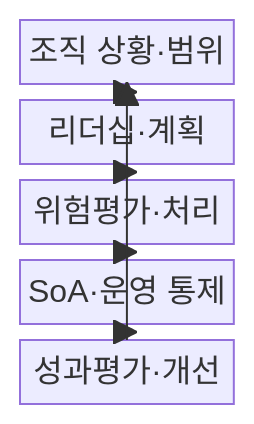
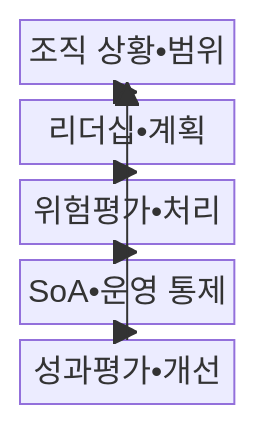
The first of 2 diagrams in src/content/docs/notes/05-security/105_iso_27001.md (agnusdei1207/knowledge-base), drawn with Mermaid before and after one commit. The commit also changed other lines of this file and 953 other files, not shown here.

````diff
--- a/src/content/docs/notes/05-security/105_iso_27001.md
+++ b/src/content/docs/notes/05-security/105_iso_27001.md
@@ -63,14 +63,14 @@
 ```mermaid
 block
   columns 1
-  C["조직 상황·범위"]
-  L["리더십·계획"]
-  R["위험평가·처리"]
-  O["SoA·운영 통제"]
-  E["성과평가·개선"]
+  C["조직 상황•범위"]
+  L["리더십•계획"]
+  R["위험평가•처리"]
+  O["SoA•운영 통제"]
+  E["성과평가•개선"]
   C --> L
   L --> R
   R --> O
   O --> E
   E --> C
 ```
````
